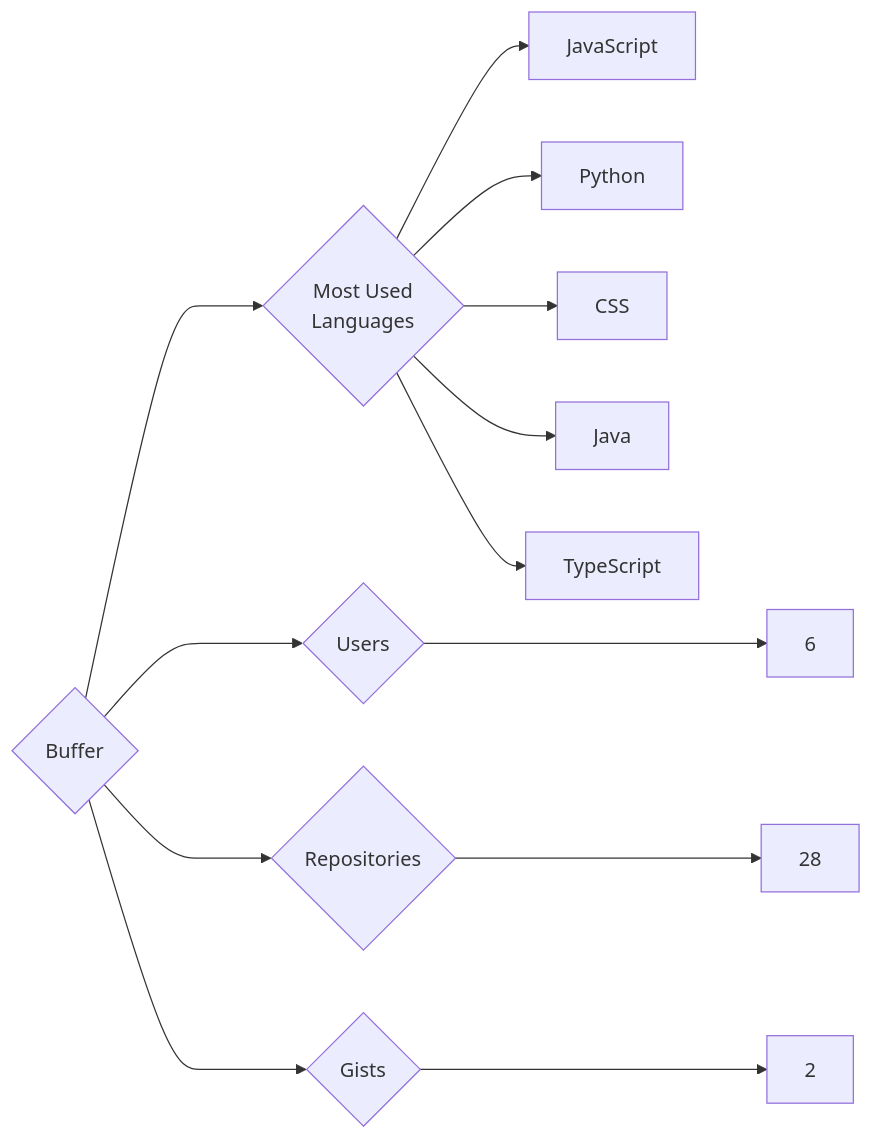
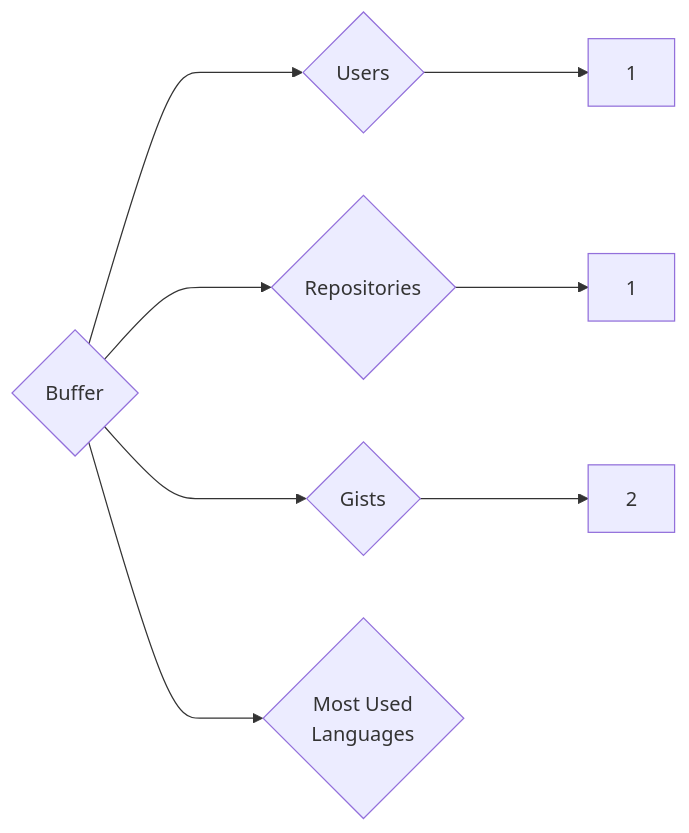
The diagram in targets/Buffer/README.md (trickest/insiders), drawn with Mermaid before and after one commit. The commit also changed 783 other files, not shown here.

````diff
--- a/targets/Buffer/README.md
+++ b/targets/Buffer/README.md
@@ -3,13 +3,8 @@
 ```mermaid
 graph LR
 COMPANY_NAME{Buffer}
-COMPANY_NAME ---> U{Users} ---> UN[6]
-COMPANY_NAME ---> R{Repositories} ---> RN[28]
+COMPANY_NAME ---> U{Users} ---> UN[1]
+COMPANY_NAME ---> R{Repositories} ---> RN[1]
 COMPANY_NAME ---> G{Gists} ---> GN[2]
 COMPANY_NAME ---> ML{Most Used<br>Languages}
-ML --> JavaScript[JavaScript]
-ML --> Python[Python]
-ML --> CSS[CSS]
-ML --> Java[Java]
-ML --> TypeScript[TypeScript]
 ```
````
